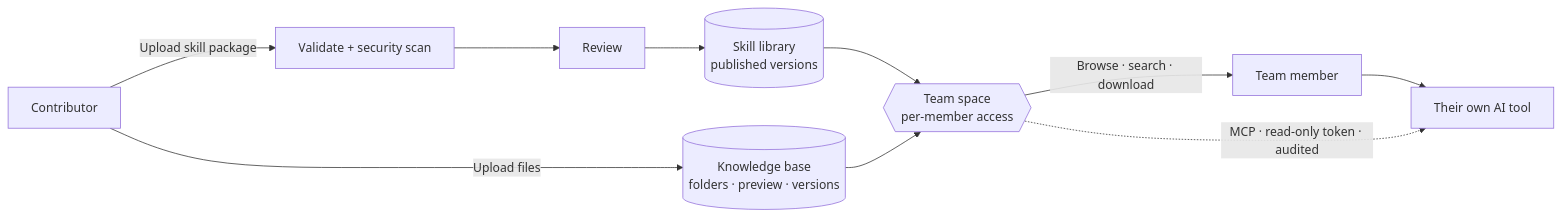
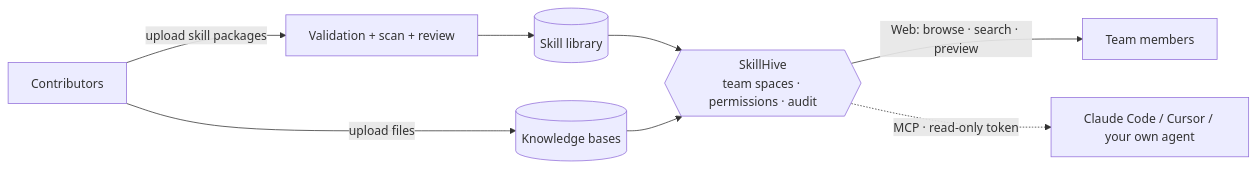
Before and after one commit to kun001/skillhive: the first of 2 diagrams in README.en.md, drawn with Mermaid. The commit also changed other lines of this file and 61 other files, not shown here.

First line of the commit message:
feat(mcp): release knowledge management and version updates in v0.4.1 (#33)

````diff
--- a/README.en.md
+++ b/README.en.md
@@ -74,10 +59,9 @@
 ```mermaid
 flowchart LR
-    C[Contributor] -->|Upload skill package| V[Validate + security scan] --> R[Review] --> SK[(Skill library<br/>published versions)]
-    C -->|Upload files| KB[(Knowledge base<br/>folders · preview · versions)]
-    SK --> NS{{Team space<br/>per-member access}}
+    C[Contributors] -->|upload skill packages| V[Validation + scan + review] --> SK[(Skill library)]
+    C -->|upload files| KB[(Knowledge bases)]
+    SK --> NS{{SkillHive<br/>team spaces · permissions · audit}}
     KB --> NS
-    NS -->|Browse · search · download| M[Team member]
-    M --> T[Their own AI tool]
-    NS -.->|MCP · read-only token · audited| T
+    NS -->|Web: browse · search · preview| M[Team members]
+    NS -.->|MCP · read-only token| A[Claude Code / Cursor / your own agent]
 ```
````
